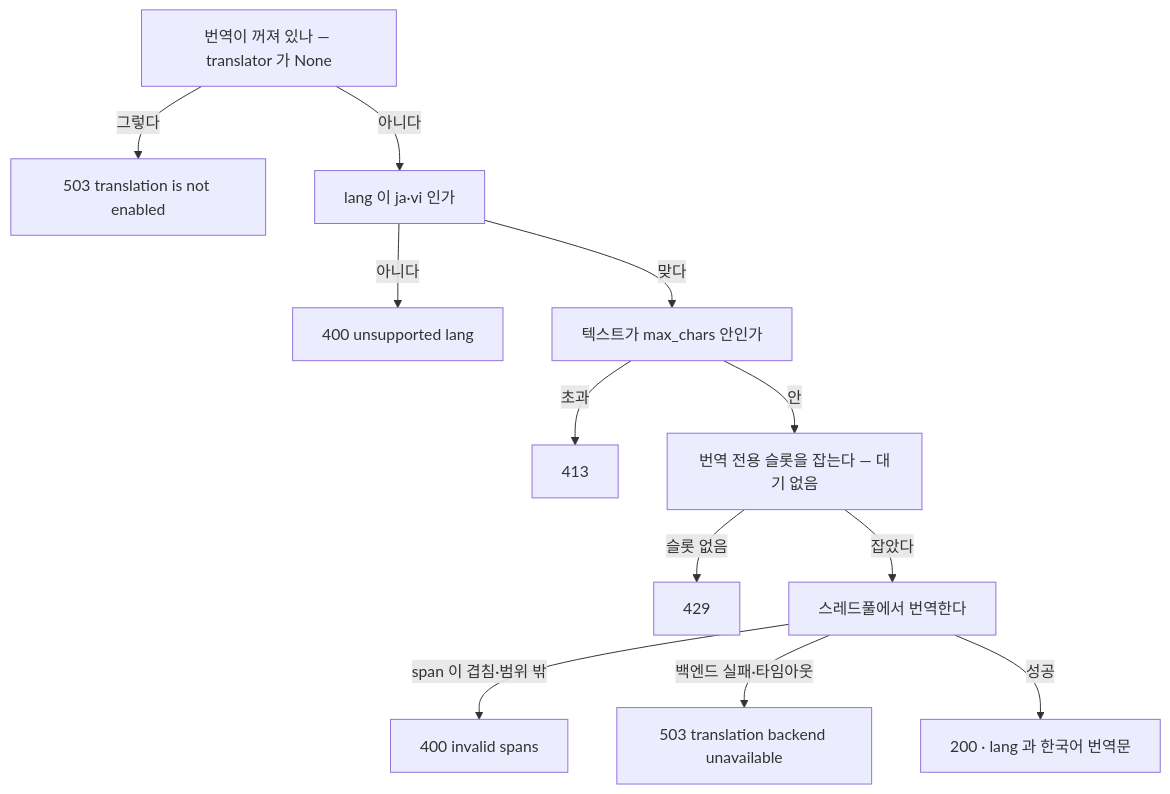
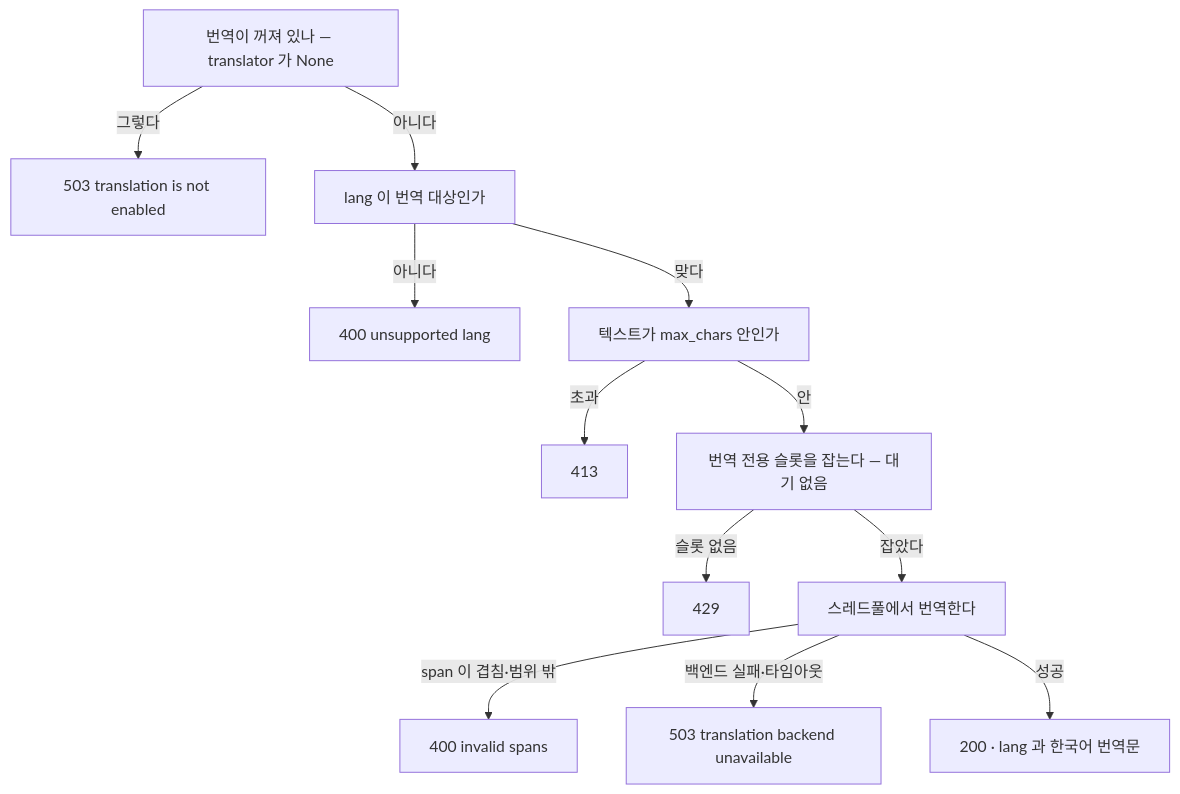
One commit to groovallstar/ner-pipeline-public changed the fifth of 5 diagrams in docs/manual/web-demo-translation.md. Above: the diagram before and after it, drawn with Mermaid. The commit also changed other lines of this file and 30 other files, not shown here.

````diff
--- a/docs/manual/web-demo-translation.md
+++ b/docs/manual/web-demo-translation.md
@@ -414,14 +415,14 @@
 ```mermaid
 flowchart TD
     A["번역이 꺼져 있나 — translator 가 None"] -->|"그렇다"| E503["503 translation is not enabled"]
-    A -->|"아니다"| B["lang 이 ja·vi 인가"]
+    A -->|"아니다"| B["lang 이 번역 대상인가"]
     B -->|"아니다"| E400["400 unsupported lang"]
     B -->|"맞다"| C["텍스트가 max_chars 안인가"]
     C -->|"초과"| E413["413"]
     C -->|"안"| D["번역 전용 슬롯을 잡는다 — 대기 없음"]
     D -->|"슬롯 없음"| E429["429"]
     D -->|"잡았다"| G["스레드풀에서 번역한다"]
     G -->|"span 이 겹침·범위 밖"| E400b["400 invalid spans"]
     G -->|"백엔드 실패·타임아웃"| E503b["503 translation backend unavailable"]
     G -->|"성공"| OK["200 · lang 과 한국어 번역문"]
 ```
````
